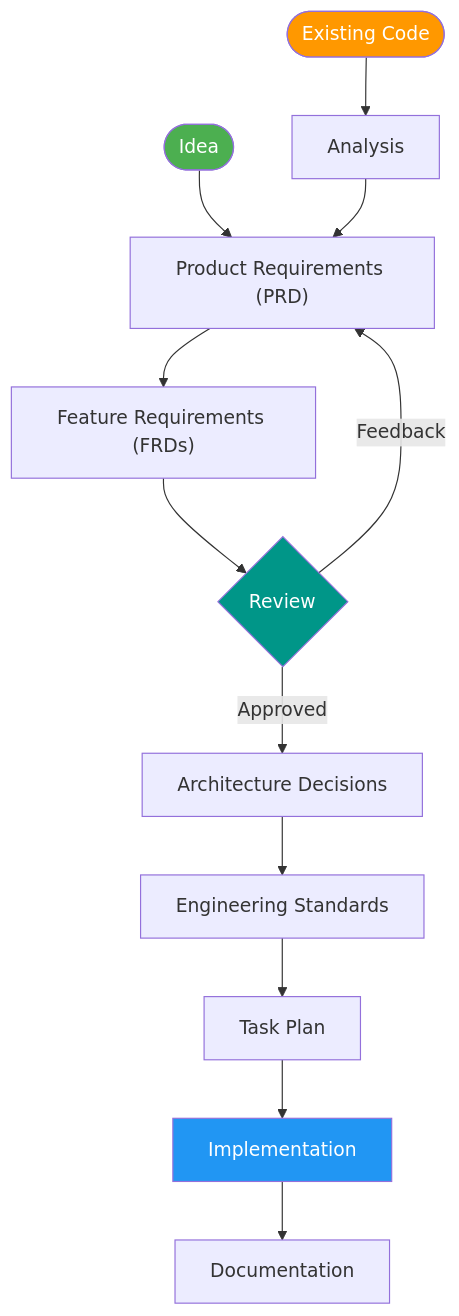
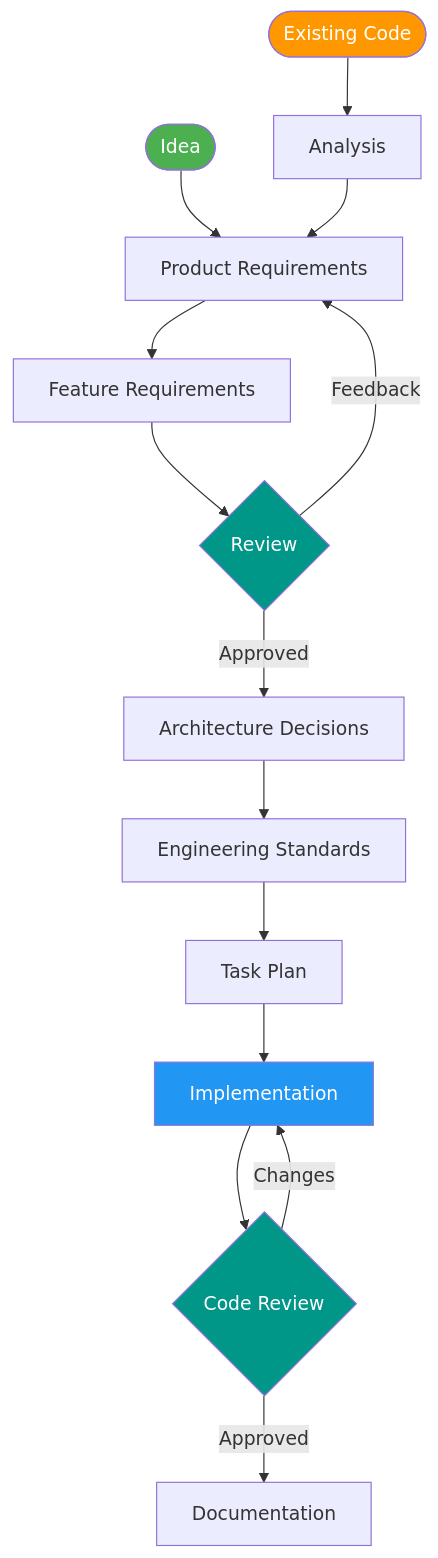
One commit to dev-sr201d/spec-to-code changed the diagram in README.md. Above: the diagram before and after it, drawn with Mermaid. The commit also changed other lines of this file and 6 other files, not shown here.

````diff
--- a/README.md
+++ b/README.md
@@ -9,18 +5,21 @@
 ```mermaid
 flowchart TD
-    A(["Idea"]) --> B["Product Requirements (PRD)"]
+    A(["Idea"]) --> B["Product Requirements"]
     Z(["Existing Code"]) --> Y["Analysis"] --> B
-    B --> C["Feature Requirements (FRDs)"]
+    B --> C["Feature Requirements"]
     C --> D{"Review"}
     D -->|Approved| E["Architecture Decisions"]
     D -->|Feedback| B
     E --> F["Engineering Standards"]
     F --> G["Task Plan"]
     G --> H["Implementation"]
-    H --> I["Documentation"]
+    H --> I{"Code Review"}
+    I -->|Approved| J["Documentation"]
+    I -->|Changes| H
 
     style A fill:#4CAF50,color:#fff
     style Z fill:#FF9800,color:#fff
     style D fill:#009688,color:#fff
     style H fill:#2196F3,color:#fff
+    style I fill:#009688,color:#fff
 ```
````
